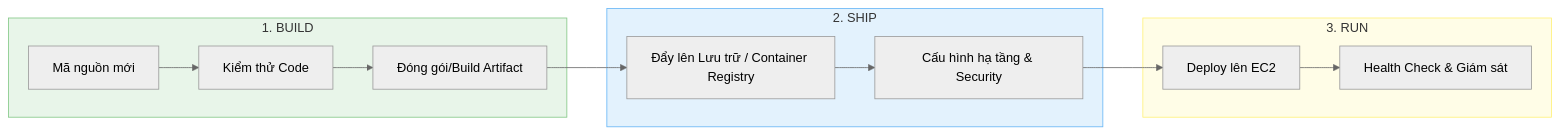
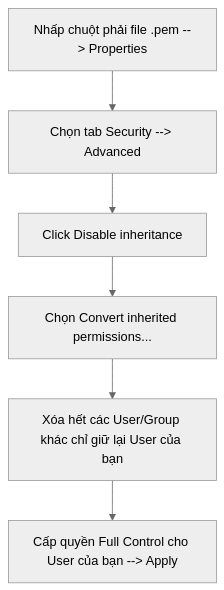
The diagram in cloud/aws/deploy/1. Deploy EC2.md (L1nkinPark/devops-ci-cd-templates), drawn with Mermaid (neutral theme) before and after one commit. The commit also changed other lines of this file and 2 other files, not shown here.

Commit message:
docs(ec2): reorganize hands-on lab to deploy folder and add service pointer

````diff
--- a/cloud/aws/deploy/1. Deploy EC2.md
+++ b/cloud/aws/deploy/1. Deploy EC2.md
@@ -48,21 +63,8 @@
 ```mermaid
-flowchart LR
-    subgraph Giai_Doan_1 [1. BUILD]
-        A[Mã nguồn mới] --> B[Kiểm thử Code]
-        B --> C[Đóng gói/Build Artifact]
-    end
-
-    subgraph Giai_Doan_2 [2. SHIP]
-        C --> D[Đẩy lên Lưu trữ / Container Registry]
-        D --> E[Cấu hình hạ tầng & Security]
-    end
-
-    subgraph Giai_Doan_3 [3. RUN]
-        E --> F[Deploy lên EC2]
-        F --> G[Health Check & Giám sát]
-    end
-    
-    style Giai_Doan_1 fill:#e8f5e9,stroke:#81c784
-    style Giai_Doan_2 fill:#e3f2fd,stroke:#64b5f6
-    style Giai_Doan_3 fill:#fffde7,stroke:#fff176
+graph TD
+    A[Nhấp chuột phải file .pem --> Properties] --> B[Chọn tab Security --> Advanced]
+    B --> C[Click Disable inheritance]
+    C --> D[Chọn Convert inherited permissions...]
+    D --> E[Xóa hết các User/Group khác chỉ giữ lại User của bạn]
+    E --> F[Cấp quyền Full Control cho User của bạn --> Apply]
 ```
````
